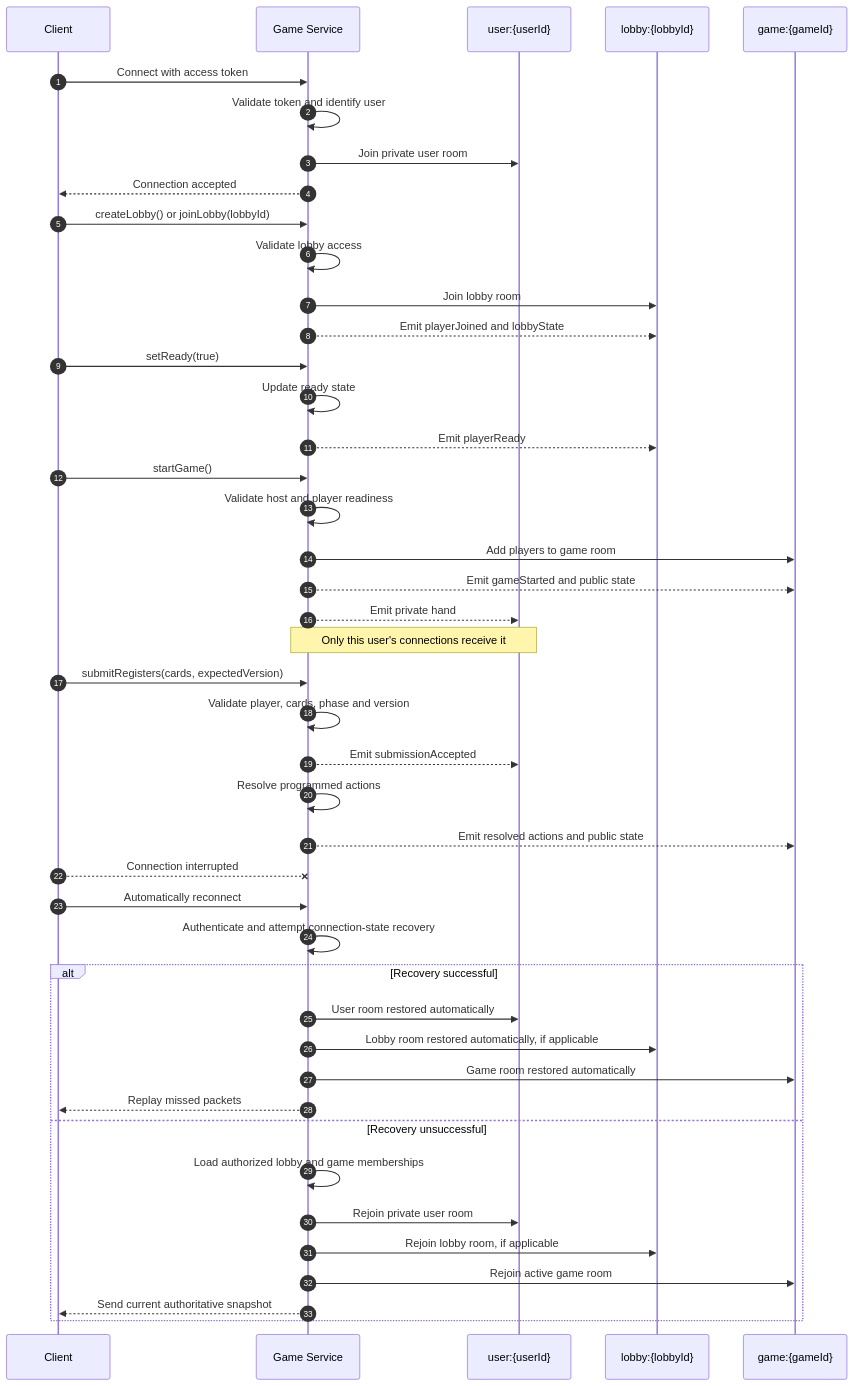
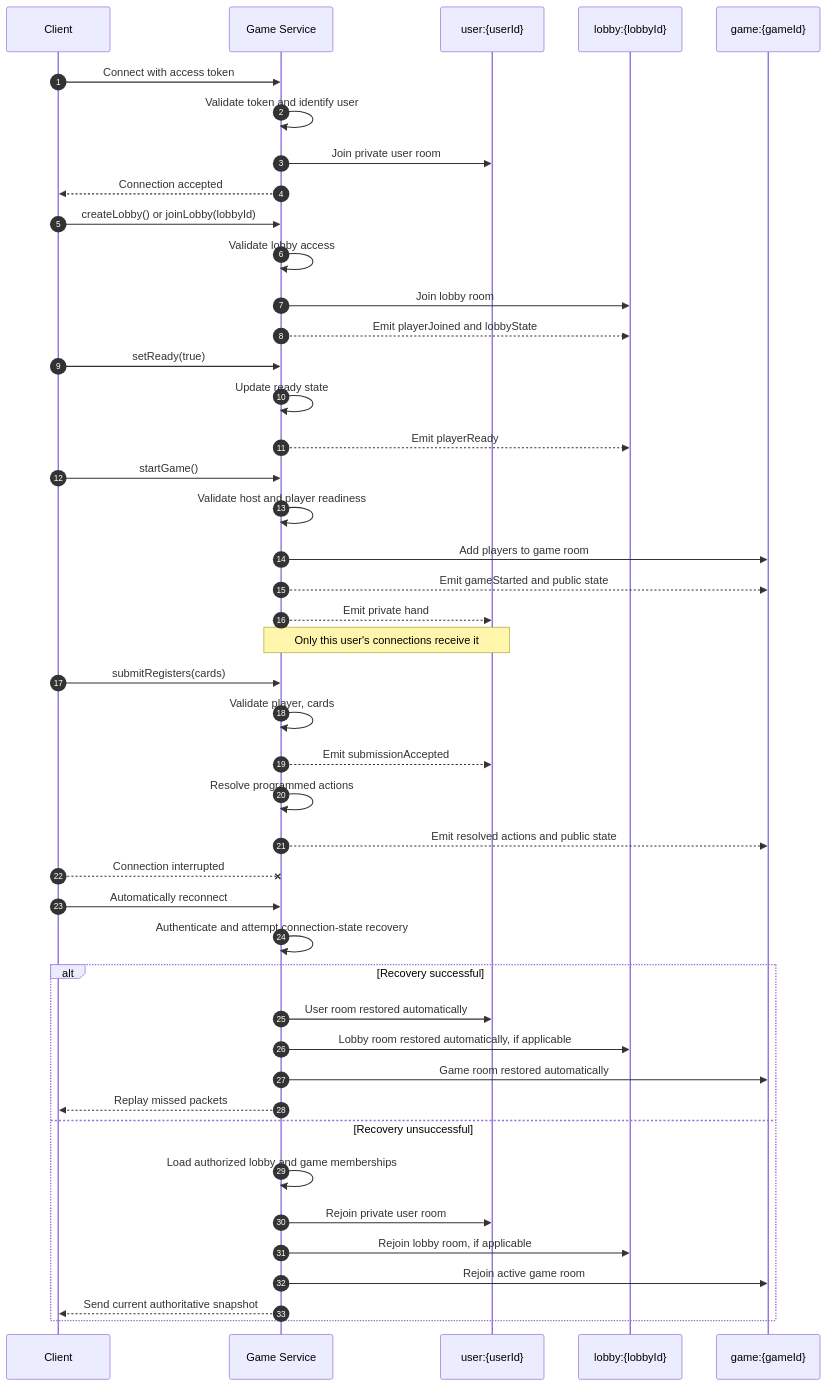
One commit to hananinas/RoboRally changed the fourth of 4 diagrams in docs/architecture.md. Above: the diagram before and after it, drawn with Mermaid. The commit also changed other lines of this file, not shown here.

````diff
--- a/docs/architecture.md
+++ b/docs/architecture.md
@@ -204,57 +207,57 @@
 ```mermaid
 
 sequenceDiagram
     autonumber
     participant C as Client
     participant S as Game Service
     participant U as user:{userId}
     participant L as lobby:{lobbyId}
     participant G as game:{gameId}
 
     C->>S: Connect with access token
     S->>S: Validate token and identify user
     S->>U: Join private user room
     S-->>C: Connection accepted
 
     C->>S: createLobby() or joinLobby(lobbyId)
     S->>S: Validate lobby access
     S->>L: Join lobby room
     S-->>L: Emit playerJoined and lobbyState
 
     C->>S: setReady(true)
     S->>S: Update ready state
     S-->>L: Emit playerReady
 
     C->>S: startGame()
     S->>S: Validate host and player readiness
     S->>G: Add players to game room
     S-->>G: Emit gameStarted and public state
 
     S-->>U: Emit private hand
     Note over S,U: Only this user's connections receive it
 
-    C->>S: submitRegisters(cards, expectedVersion)
-    S->>S: Validate player, cards, phase and version
+    C->>S: submitRegisters(cards)
+    S->>S: Validate player, cards
     S-->>U: Emit submissionAccepted
 
     S->>S: Resolve programmed actions
     S-->>G: Emit resolved actions and public state
 
     C--xS: Connection interrupted
     C->>S: Automatically reconnect
     S->>S: Authenticate and attempt connection-state recovery
 
     alt Recovery successful
         S->>U: User room restored automatically
         S->>L: Lobby room restored automatically, if applicable
         S->>G: Game room restored automatically
         S-->>C: Replay missed packets
     else Recovery unsuccessful
         S->>S: Load authorized lobby and game memberships
         S->>U: Rejoin private user room
         S->>L: Rejoin lobby room, if applicable
         S->>G: Rejoin active game room
         S-->>C: Send current authoritative snapshot
     end
 
 ```
````
